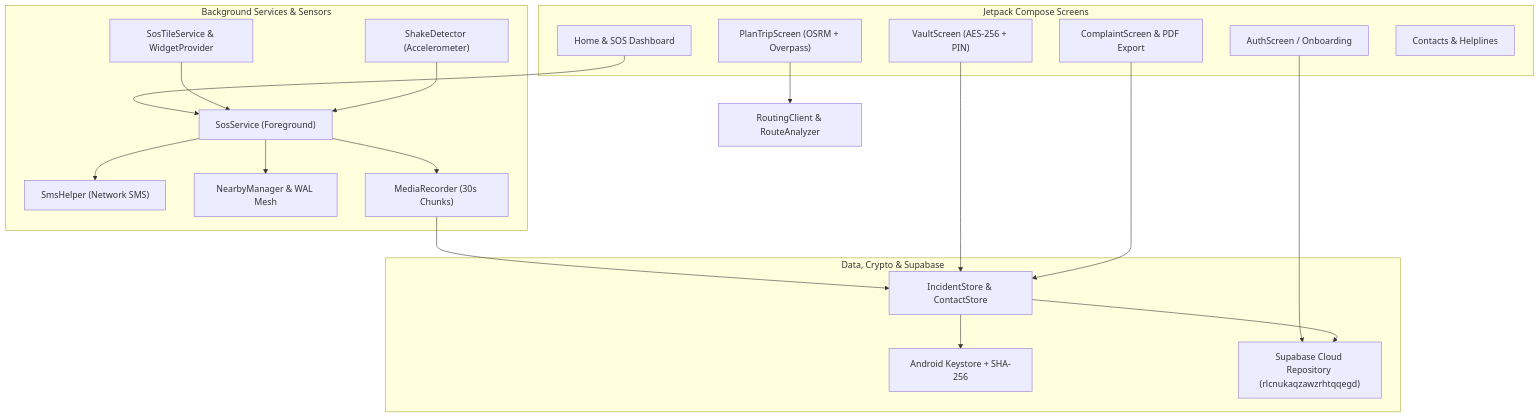
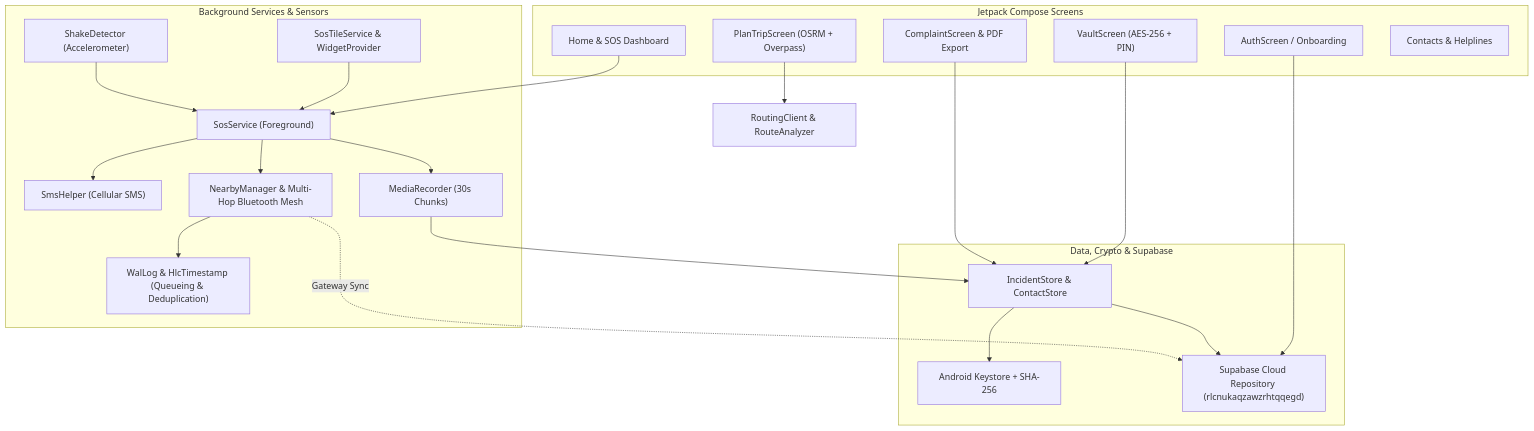
One commit to khushighumre/sheshield changed the diagram in README.md. Above: the diagram before and after it, drawn with Mermaid. The commit also changed other lines of this file, not shown here.

````diff
--- a/README.md
+++ b/README.md
@@ -47,39 +73,42 @@
 ```mermaid
 flowchart TB
     subgraph UI["Jetpack Compose Screens"]
         Auth["AuthScreen / Onboarding"]
         Home["Home & SOS Dashboard"]
         Plan["PlanTripScreen (OSRM + Overpass)"]
         Vault["VaultScreen (AES-256 + PIN)"]
         Complaint["ComplaintScreen & PDF Export"]
         Contacts["Contacts & Helplines"]
     end
 
     subgraph CoreServices["Background Services & Sensors"]
         Service["SosService (Foreground)"]
         Shake["ShakeDetector (Accelerometer)"]
-        Sms["SmsHelper (Network SMS)"]
-        P2P["NearbyManager & WAL Mesh"]
+        Sms["SmsHelper (Cellular SMS)"]
+        P2P["NearbyManager & Multi-Hop Bluetooth Mesh"]
+        WAL["WalLog & HlcTimestamp (Queueing & Deduplication)"]
         Rec["MediaRecorder (30s Chunks)"]
         Tile["SosTileService & WidgetProvider"]
     end
 
     subgraph DataCloud["Data, Crypto & Supabase"]
         Incidents["IncidentStore & ContactStore"]
         Crypto["Android Keystore + SHA-256"]
         Supabase["Supabase Cloud Repository (rlcnukaqzawzrhtqqegd)"]
     end
 
     Auth --> Supabase
     Home --> Service
     Tile --> Service
     Shake --> Service
     Plan --> RoutingClient["RoutingClient & RouteAnalyzer"]
     Service --> Sms
     Service --> P2P
+    P2P --> WAL
     Service --> Rec --> Incidents
     Incidents --> Crypto
     Incidents --> Supabase
+    P2P -.->|"Gateway Sync"| Supabase
     Vault --> Incidents
     Complaint --> Incidents
 ```
````
